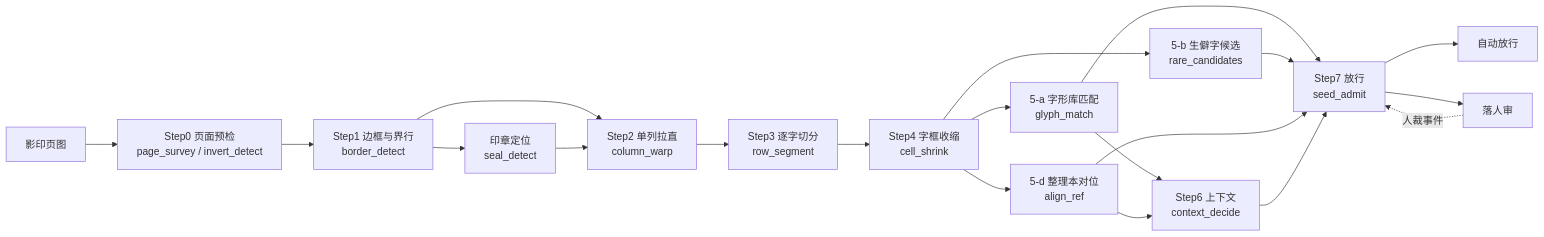
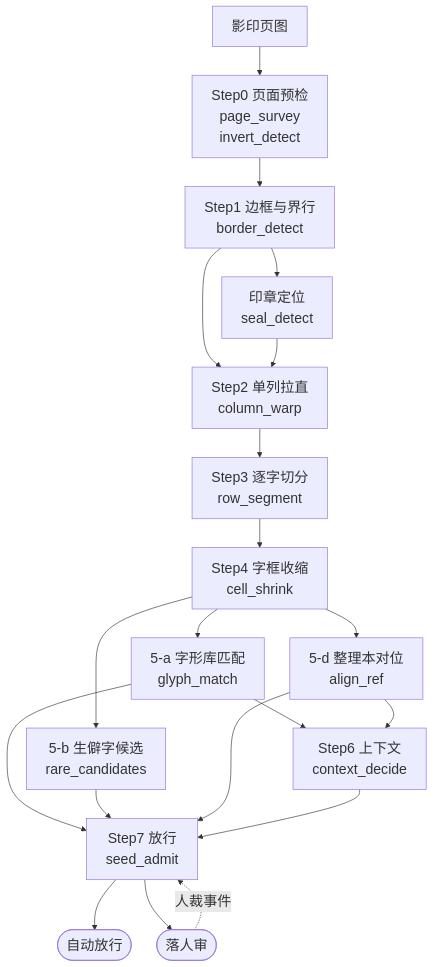
One commit to open-guji/open-guji-cv changed the diagram in wiki/管线全景.md. Above: the diagram before and after it, drawn with Mermaid. The commit also changed 5 other files, not shown here.

First line of the commit message:
Wiki：流程图改成从上往下、字放大；印章页例图换成真有大印的 vol46 第 101 页

````diff
--- a/wiki/管线全景.md
+++ b/wiki/管线全景.md
@@ -9,22 +9,23 @@
 ```mermaid
-flowchart LR
-  raw[影印页图] --> s0[Step0 页面预检<br/>page_survey / invert_detect]
-  s0 --> s1[Step1 边框与界行<br/>border_detect]
-  s1 --> seal[印章定位<br/>seal_detect]
-  s1 --> s2[Step2 单列拉直<br/>column_warp]
+%%{init: {"themeVariables": {"fontSize": "22px"}, "flowchart": {"nodeSpacing": 40, "rankSpacing": 45}}}%%
+flowchart TD
+  raw[影印页图] --> s0["Step0 页面预检<br/>page_survey<br/>invert_detect"]
+  s0 --> s1["Step1 边框与界行<br/>border_detect"]
+  s1 --> seal["印章定位<br/>seal_detect"]
+  s1 --> s2["Step2 单列拉直<br/>column_warp"]
   seal --> s2
-  s2 --> s3[Step3 逐字切分<br/>row_segment]
-  s3 --> s4[Step4 字框收缩<br/>cell_shrink]
-  s4 --> a[5-a 字形库匹配<br/>glyph_match]
-  s4 --> b[5-b 生僻字候选<br/>rare_candidates]
-  s4 --> d[5-d 整理本对位<br/>align_ref]
-  a --> s6[Step6 上下文<br/>context_decide]
+  s2 --> s3["Step3 逐字切分<br/>row_segment"]
+  s3 --> s4["Step4 字框收缩<br/>cell_shrink"]
+  s4 --> a["5-a 字形库匹配<br/>glyph_match"]
+  s4 --> b["5-b 生僻字候选<br/>rare_candidates"]
+  s4 --> d["5-d 整理本对位<br/>align_ref"]
+  a --> s6["Step6 上下文<br/>context_decide"]
   d --> s6
-  a --> s7[Step7 放行<br/>seed_admit]
+  a --> s7["Step7 放行<br/>seed_admit"]
   b --> s7
   d --> s7
   s6 --> s7
-  s7 --> auto[自动放行]
-  s7 --> rev[落人审]
-  rev -.人裁事件.-> s7
+  s7 --> auto([自动放行])
+  s7 --> rev([落人审])
+  rev -. 人裁事件 .-> s7
 ```
````
